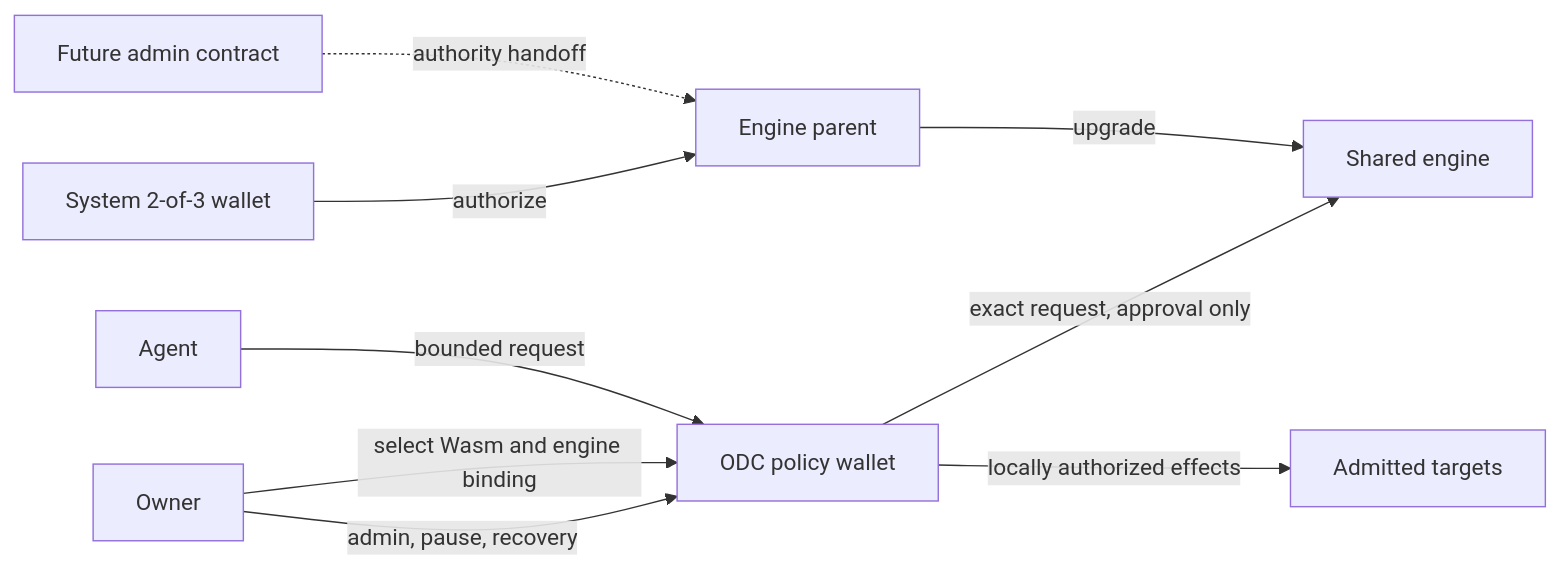
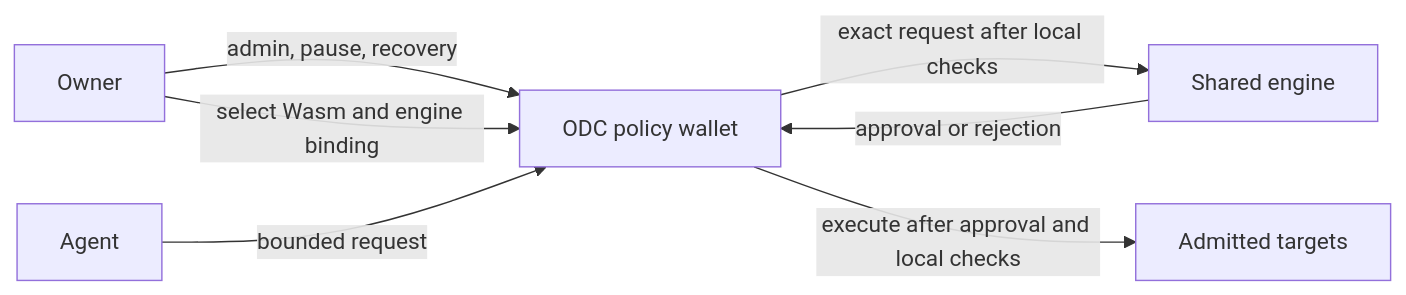
The first of 2 diagrams in docs/architecture.md (AllowIt-hq/allowit-contracts-stellar), drawn with Mermaid before and after one commit. The commit also changed other lines of this file, not shown here.

Commit message:
Clarify wallet checks and separate engine governance diagrams

````diff
--- a/docs/architecture.md
+++ b/docs/architecture.md
@@ -9,11 +9,9 @@
 ```mermaid
 flowchart LR
     O[Owner] -->|admin, pause, recovery| W[ODC policy wallet]
     O -->|select Wasm and engine binding| W
     A[Agent] -->|bounded request| W
-    W -->|exact request, approval only| E[Shared engine]
-    S[System 2-of-3 wallet] -->|authorize| P[Engine parent]
-    F[Future admin contract] -.->|authority handoff| P
-    P -->|upgrade| E
-    W -->|locally authorized effects| T[Admitted targets]
+    W -->|exact request after local checks| E[Shared engine]
+    E -->|approval or rejection| W
+    W -->|execute after approval and local checks| T[Admitted targets]
 ```
````
